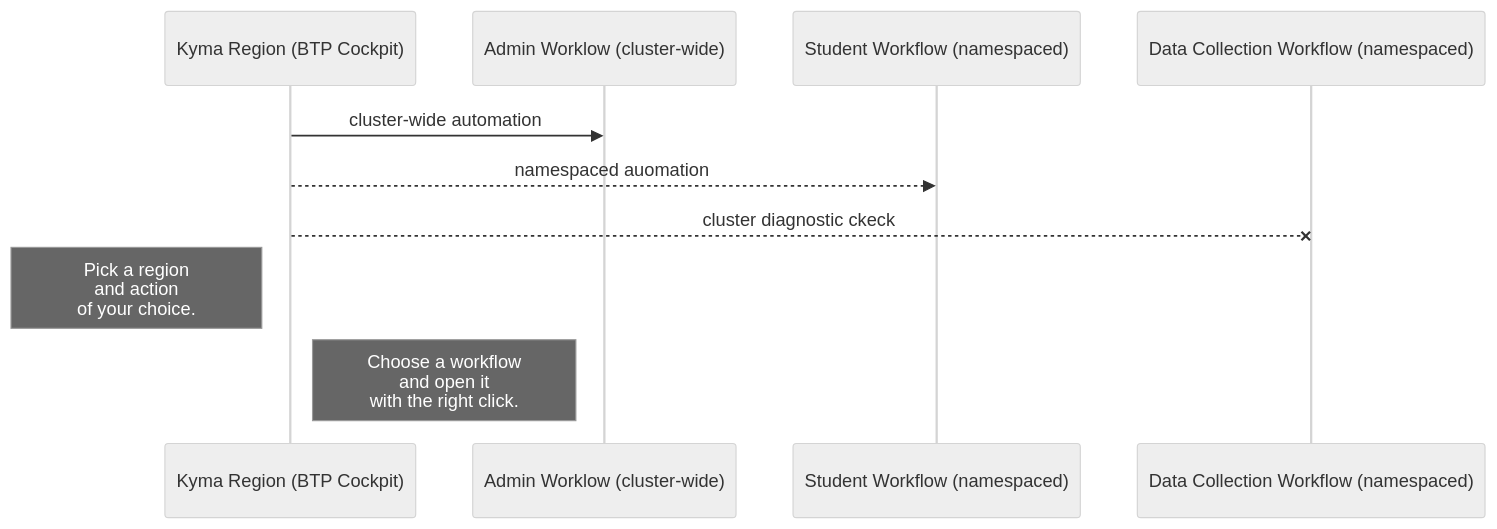
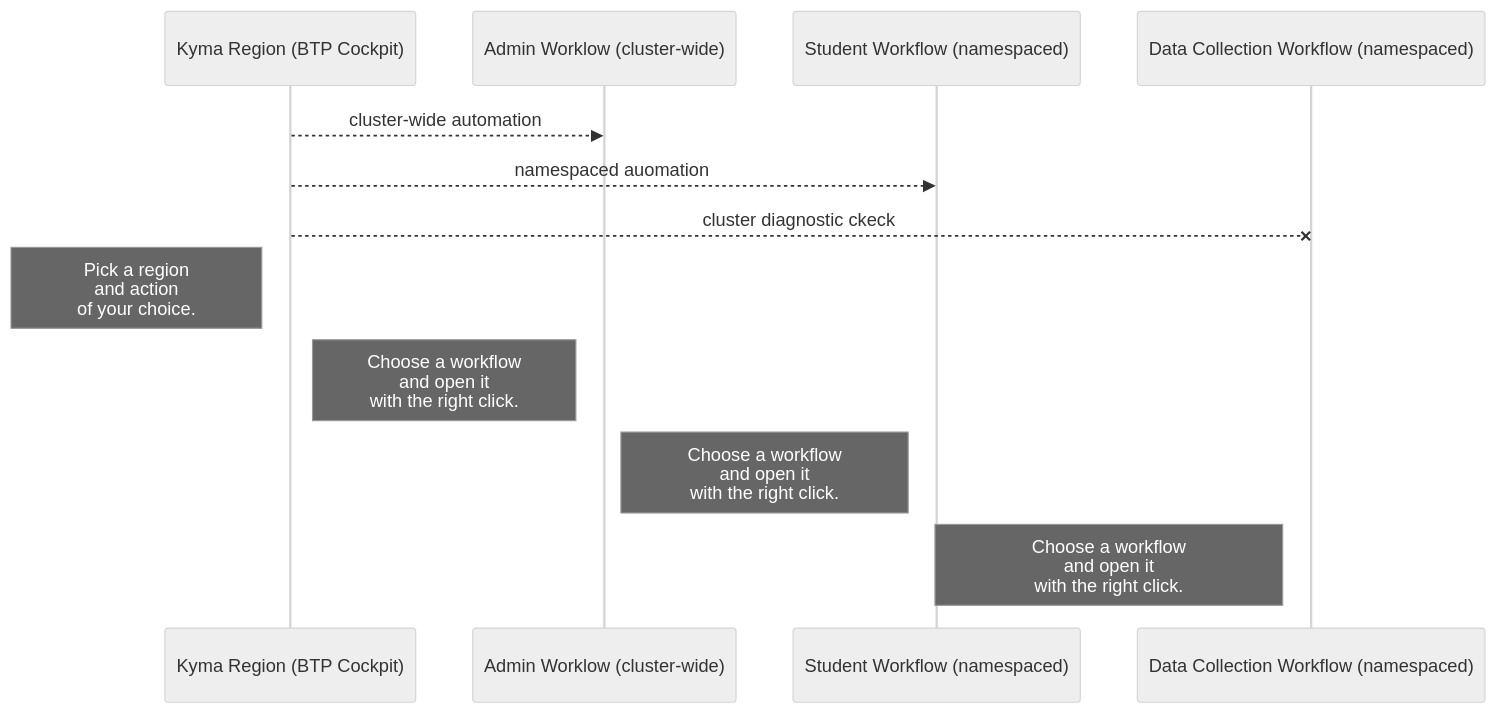
Before and after one commit to SAP-samples/teched2025-XP264: the diagram in exercises/ex1/README.md, drawn with Mermaid (neutral theme).

````diff
--- a/exercises/ex1/README.md
+++ b/exercises/ex1/README.md
@@ -87,9 +87,11 @@
 ```mermaid
 sequenceDiagram
-    Kyma Region (BTP Cockpit) ->> Admin Worklow (cluster-wide): cluster-wide automation
+    Kyma Region (BTP Cockpit)-->> Admin Worklow (cluster-wide): cluster-wide automation
     Kyma Region (BTP Cockpit)-->>Student Workflow (namespaced): namespaced auomation
     Kyma Region (BTP Cockpit)--x Data Collection Workflow (namespaced): cluster diagnostic ckeck
     Note left of Kyma Region (BTP Cockpit): Pick a region<br/>and action<br/>of your choice.
     Note left of Admin Worklow (cluster-wide): Choose a workflow<br/>and open it<br/>with the right click.
+    Note left of Student Workflow (namespaced): Choose a workflow<br/>and open it<br/>with the right click.
+    Note left of Data Collection Workflow (namespaced): Choose a workflow<br/>and open it<br/>with the right click.
 
 ```
````
